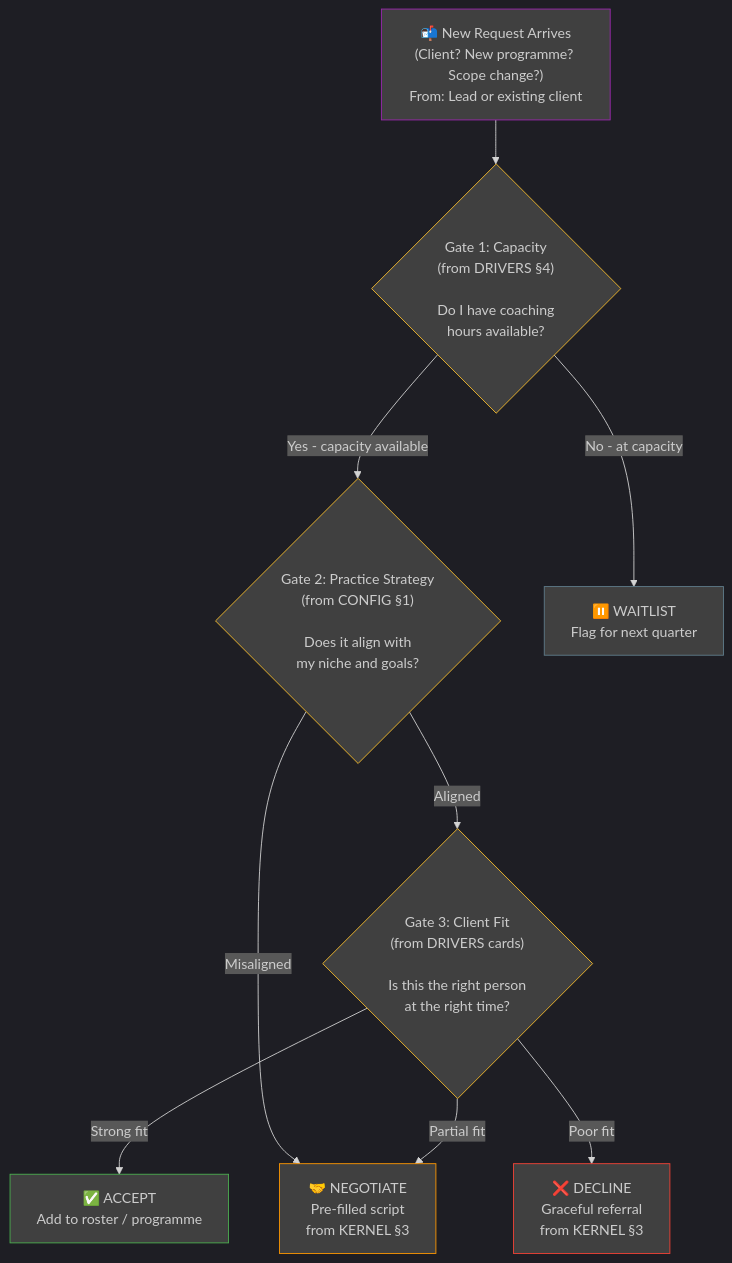
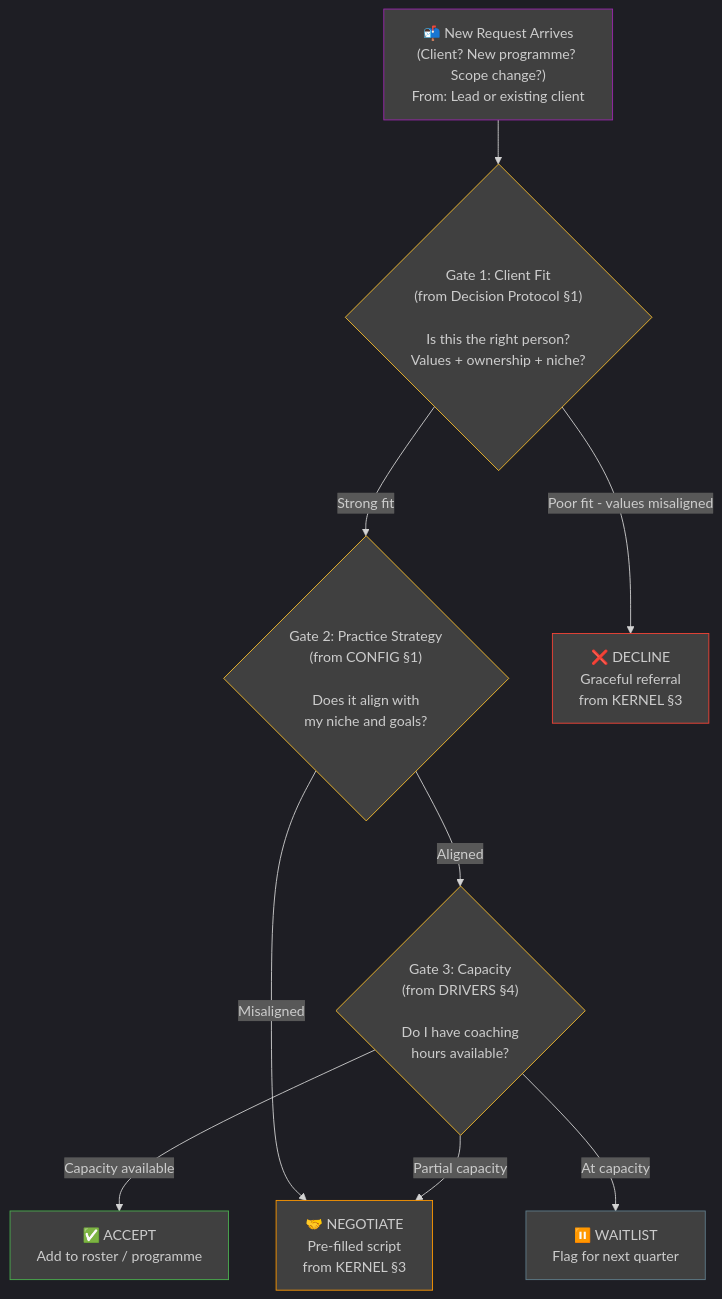
One commit to daviddgl/coach-operating-system changed the sixth of 7 diagrams in ARCHITECTURE.md. Above: the diagram before and after it, drawn with Mermaid. The commit also changed 14 other files, not shown here.

````diff
--- a/ARCHITECTURE.md
+++ b/ARCHITECTURE.md
@@ -285,34 +285,34 @@
 ```mermaid
 %%{init: {'theme':'dark'}}%%
 graph TD
     REQ["📬 New Request Arrives<br/>(Client? New programme? Scope change?)<br/>From: Lead or existing client"]
 
-    GATE1{"Gate 1: Capacity<br/>(from DRIVERS §4)<br/><br/>Do I have coaching<br/>hours available?"}
+    GATE1{"Gate 1: Client Fit<br/>(from Decision Protocol §1)<br/><br/>Is this the right person?<br/>Values + ownership + niche?"}
 
     GATE2{"Gate 2: Practice Strategy<br/>(from CONFIG §1)<br/><br/>Does it align with<br/>my niche and goals?"}
 
-    GATE3{"Gate 3: Client Fit<br/>(from DRIVERS cards)<br/><br/>Is this the right person<br/>at the right time?"}
+    GATE3{"Gate 3: Capacity<br/>(from DRIVERS §4)<br/><br/>Do I have coaching<br/>hours available?"}
 
     ACCEPT["✅ ACCEPT<br/>Add to roster / programme"]
     NEGOTIATE["🤝 NEGOTIATE<br/>Pre-filled script<br/>from KERNEL §3"]
     DECLINE["❌ DECLINE<br/>Graceful referral<br/>from KERNEL §3"]
     WAIT["⏸️ WAITLIST<br/>Flag for next quarter"]
 
     REQ --> GATE1
-    GATE1 -->|Yes - capacity available| GATE2
-    GATE1 -->|No - at capacity| WAIT
+    GATE1 -->|Strong fit| GATE2
+    GATE1 -->|Poor fit - values misaligned| DECLINE
     GATE2 -->|Aligned| GATE3
     GATE2 -->|Misaligned| NEGOTIATE
-    GATE3 -->|Strong fit| ACCEPT
-    GATE3 -->|Partial fit| NEGOTIATE
-    GATE3 -->|Poor fit| DECLINE
+    GATE3 -->|Capacity available| ACCEPT
+    GATE3 -->|Partial capacity| NEGOTIATE
+    GATE3 -->|At capacity| WAIT
 
     style REQ fill:#404040,stroke:#9c27b0
     style GATE1 fill:#404040,stroke:#fbc02d
     style GATE2 fill:#404040,stroke:#fbc02d
     style GATE3 fill:#404040,stroke:#fbc02d
     style ACCEPT fill:#404040,stroke:#4caf50
     style NEGOTIATE fill:#404040,stroke:#ff9800
     style DECLINE fill:#404040,stroke:#f44336
     style WAIT fill:#404040,stroke:#607d8b
 ```
````
